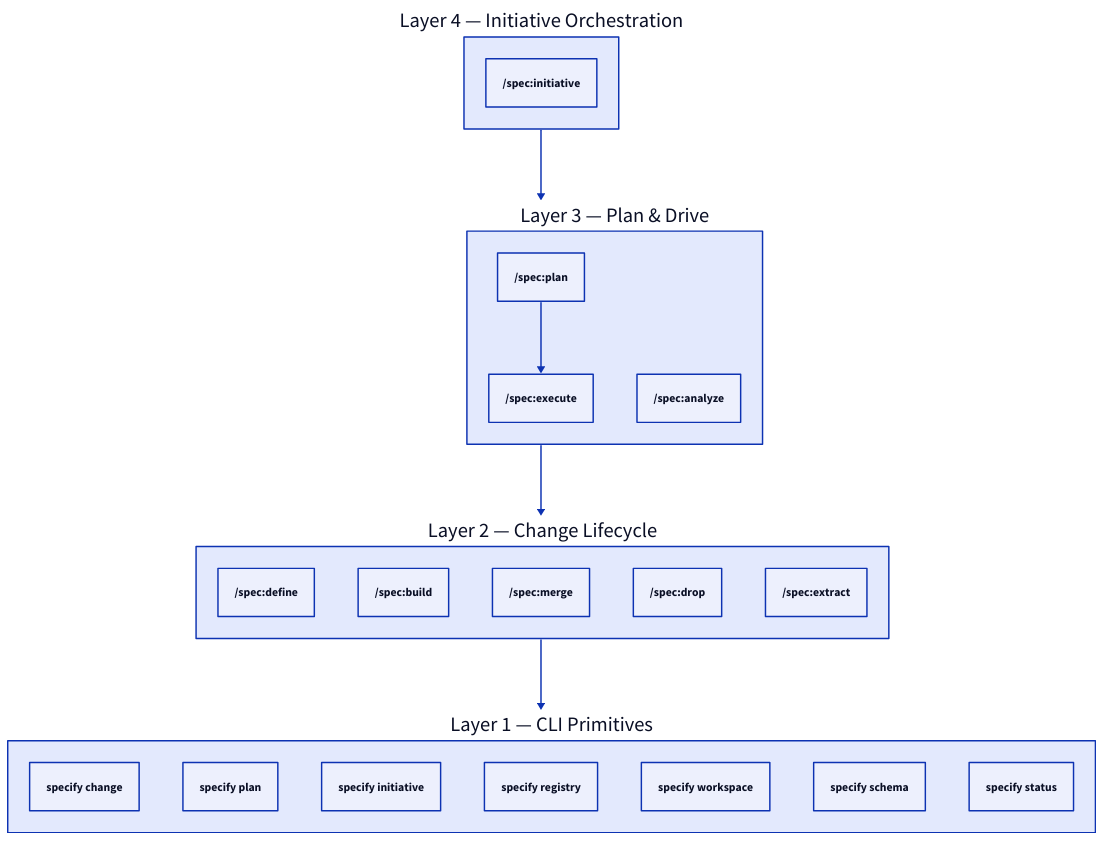
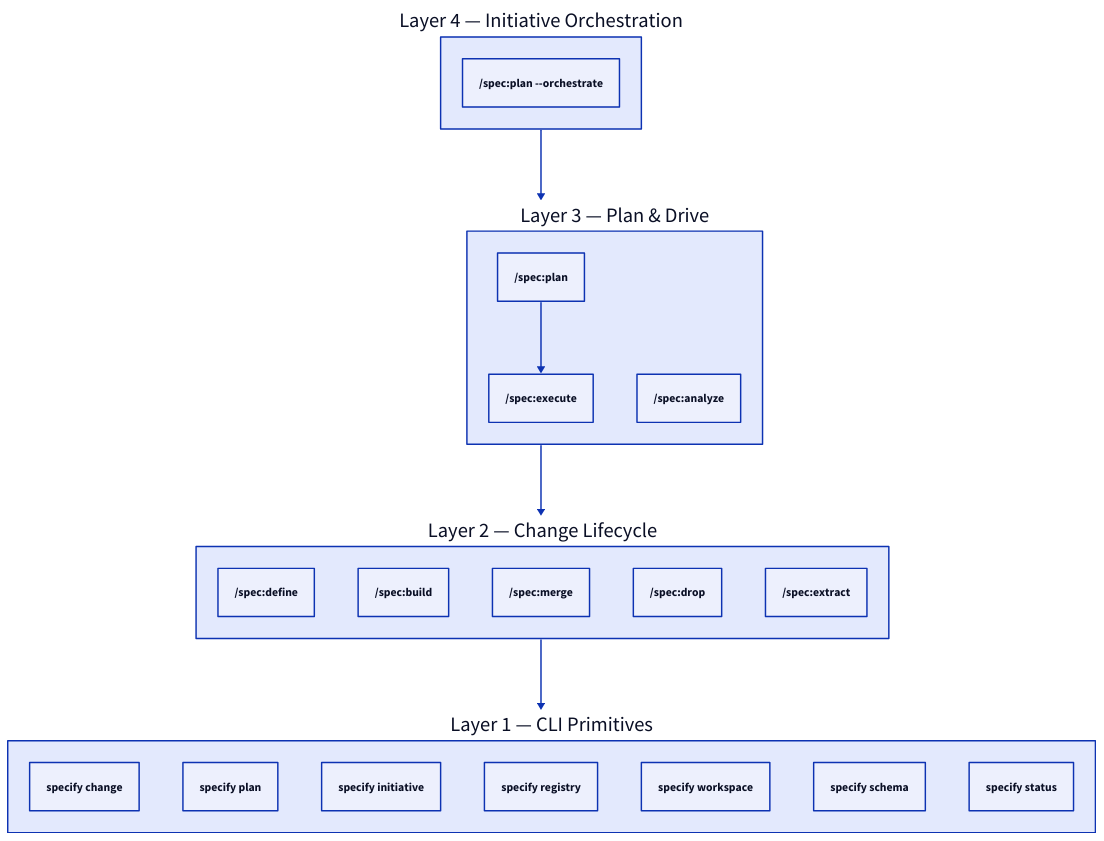
Before and after one commit to augentic/anvil: the diagram in docs/explanation/three-layer-stack.md, drawn with D2. The commit also changed other lines of this file and 72 other files, not shown here.

````diff
--- a/docs/explanation/three-layer-stack.md
+++ b/docs/explanation/three-layer-stack.md
@@ -7,36 +7,36 @@
 ```d2
 direction: down
 
 Layer4: "Layer 4 — Initiative Orchestration" {
-  initiative: "/spec:initiative"
+  initiative: "/spec:plan --orchestrate"
 }
 
 Layer3: "Layer 3 — Plan & Drive" {
   plan: "/spec:plan"
   execute: "/spec:execute"
   analyze: "/spec:analyze"
   plan -> execute
 }
 
 Layer2: "Layer 2 — Change Lifecycle" {
   define: "/spec:define"
   build: "/spec:build"
   mergeSkill: "/spec:merge"
   drop: "/spec:drop"
   extract: "/spec:extract"
 }
 
 Layer1: "Layer 1 — CLI Primitives" {
   changeCli: "specify change"
   planCli: "specify plan"
   initCli: "specify initiative"
   registryCli: "specify registry"
   workspaceCli: "specify workspace"
   schemaCli: "specify schema"
   statusCli: "specify status"
 }
 
 Layer4 -> Layer3
 Layer3 -> Layer2
 Layer2 -> Layer1
 ```
````
